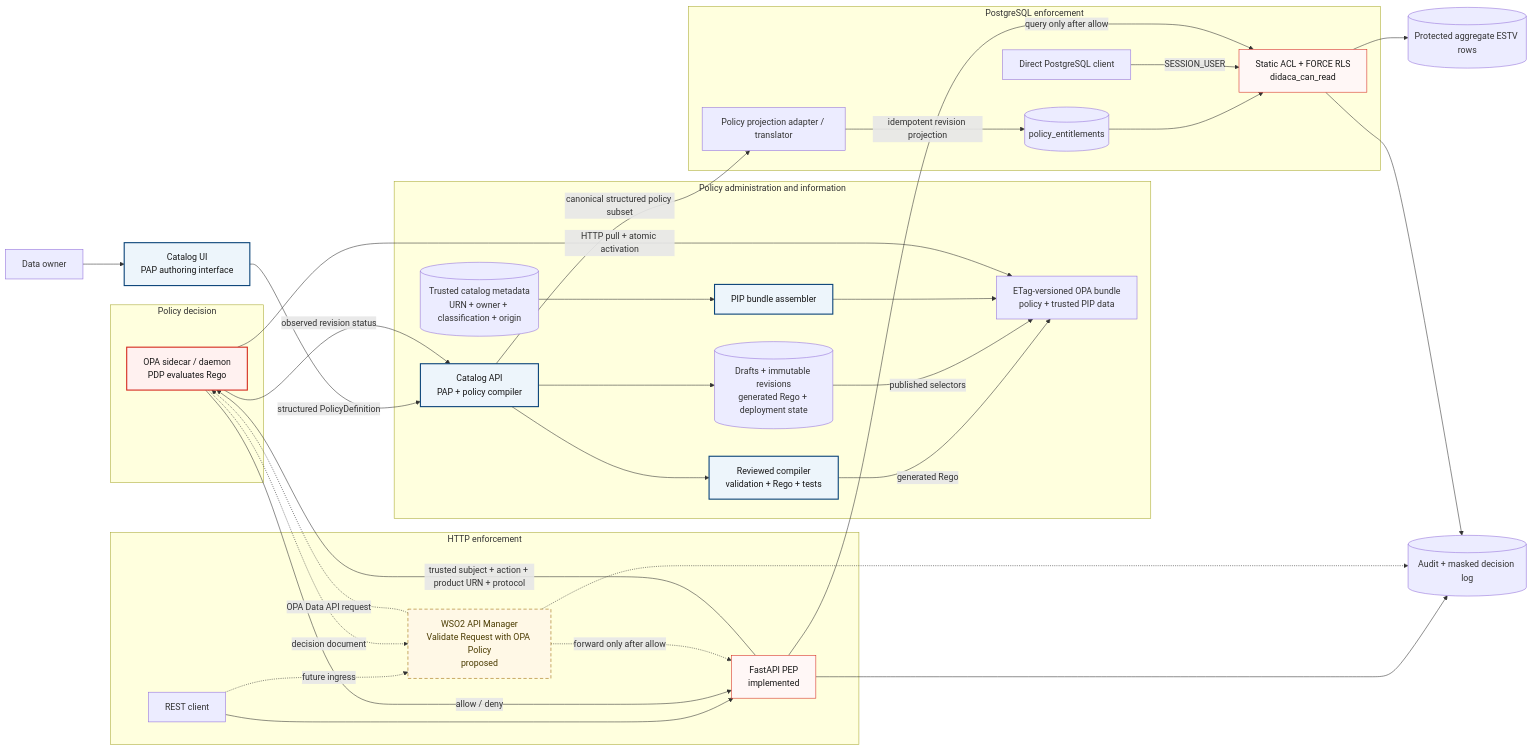
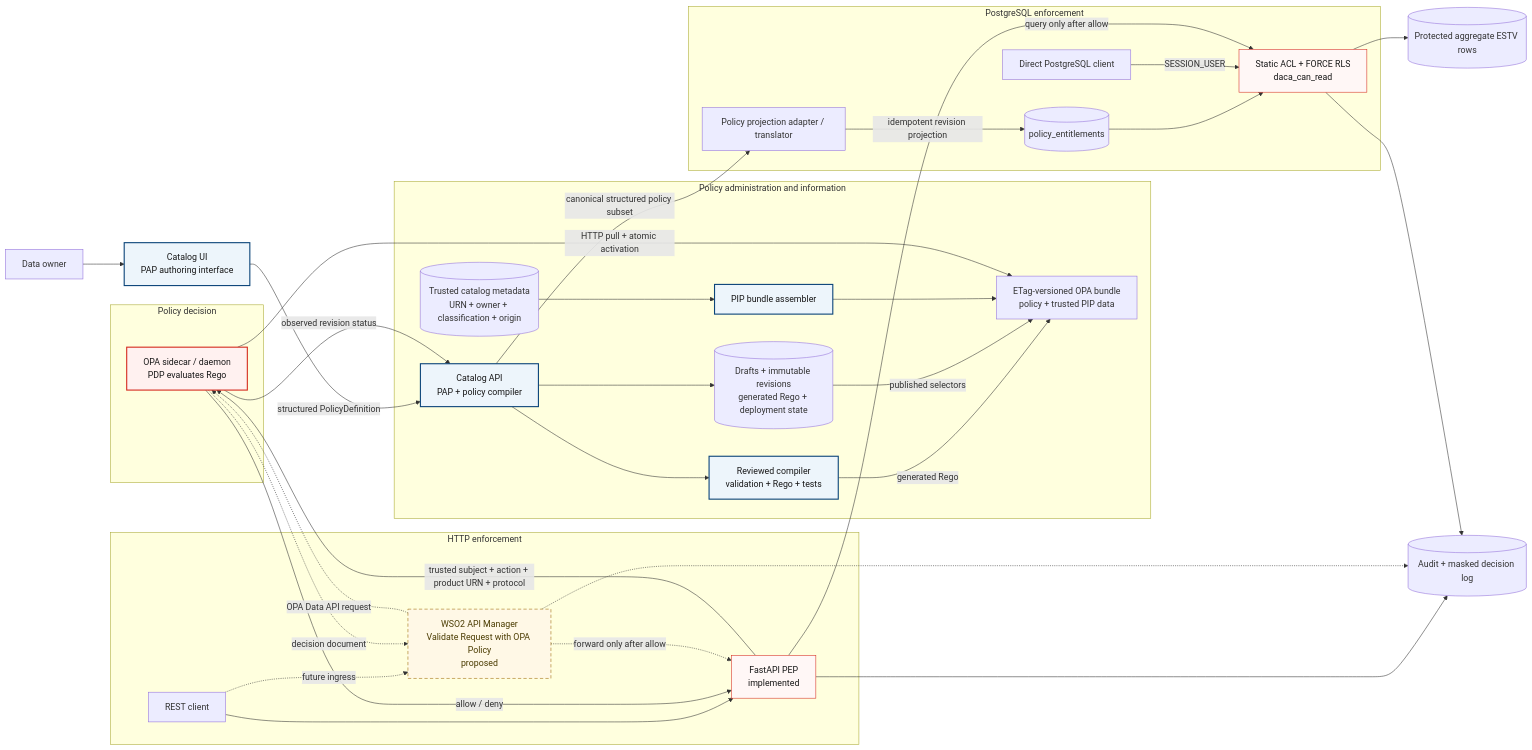
The second of 3 diagrams in docs/architecture-pbac-diagrams.md (svabra/tib-daca-poc), drawn with Mermaid before and after one commit. The commit also changed other lines of this file and 161 other files, not shown here.

````diff
--- a/docs/architecture-pbac-diagrams.md
+++ b/docs/architecture-pbac-diagrams.md
@@ -81,53 +81,53 @@
 ```mermaid
 flowchart LR
   Owner["Data owner"] --> PAPUI["Catalog UI<br/>PAP authoring interface"]
   PAPUI -->|"structured PolicyDefinition"| PAP["Catalog API<br/>PAP + policy compiler"]
 
   subgraph CatalogSide["Policy administration and information"]
     PAP --> PolicyStore[("Drafts + immutable revisions<br/>generated Rego + deployment state")]
     PAP --> Compiler["Reviewed compiler<br/>validation + Rego + tests"]
     Metadata[("Trusted catalog metadata<br/>URN + owner + classification + origin")] --> PIP["PIP bundle assembler"]
     Compiler -->|"generated Rego"| Bundle["ETag-versioned OPA bundle<br/>policy + trusted PIP data"]
     PolicyStore -->|"published selectors"| Bundle
     PIP --> Bundle
   end
 
   subgraph Decision["Policy decision"]
     PDP["OPA sidecar / daemon<br/>PDP evaluates Rego"]
     PDP -->|"HTTP pull + atomic activation"| Bundle
     PDP -->|"observed revision status"| PAP
   end
 
   subgraph HttpEnforcement["HTTP enforcement"]
     RestClient["REST client"] --> FastAPIPep["FastAPI PEP<br/>implemented"]
     WSO2Pep["WSO2 API Manager<br/>Validate Request with OPA Policy<br/>proposed"]
     RestClient -. "future ingress" .-> WSO2Pep
     FastAPIPep -->|"trusted subject + action + product URN + protocol"| PDP
     PDP -->|"allow / deny"| FastAPIPep
     WSO2Pep -. "OPA Data API request" .-> PDP
     PDP -. "decision document" .-> WSO2Pep
   end
 
   subgraph PgEnforcement["PostgreSQL enforcement"]
     PAP -->|"canonical structured policy subset"| Adapter["Policy projection adapter / translator"]
     Adapter -->|"idempotent revision projection"| Entitlements[("policy_entitlements")]
-    Entitlements --> RLS["Static ACL + FORCE RLS<br/>didaca_can_read"]
+    Entitlements --> RLS["Static ACL + FORCE RLS<br/>daca_can_read"]
     PgClient["Direct PostgreSQL client"] -->|"SESSION_USER"| RLS
   end
 
   FastAPIPep -->|"query only after allow"| RLS
   WSO2Pep -. "forward only after allow" .-> FastAPIPep
   RLS --> Protected[("Protected aggregate ESTV rows")]
   FastAPIPep --> Audit[("Audit + masked decision log")]
   WSO2Pep -.-> Audit
   RLS --> Audit
 
   classDef pap fill:#edf5fb,stroke:#0b4479,color:#171717,stroke-width:2px;
   classDef pdp fill:#fff1f0,stroke:#d52b1e,color:#171717,stroke-width:2px;
   classDef pep fill:#fff7f6,stroke:#d52b1e,color:#171717;
   classDef future fill:#fff8e6,stroke:#9a6700,color:#4a3b00,stroke-dasharray:6 4;
   class PAPUI,PAP,Compiler,PIP pap;
   class PDP pdp;
   class FastAPIPep,RLS pep;
   class WSO2Pep future;
 ```
````
